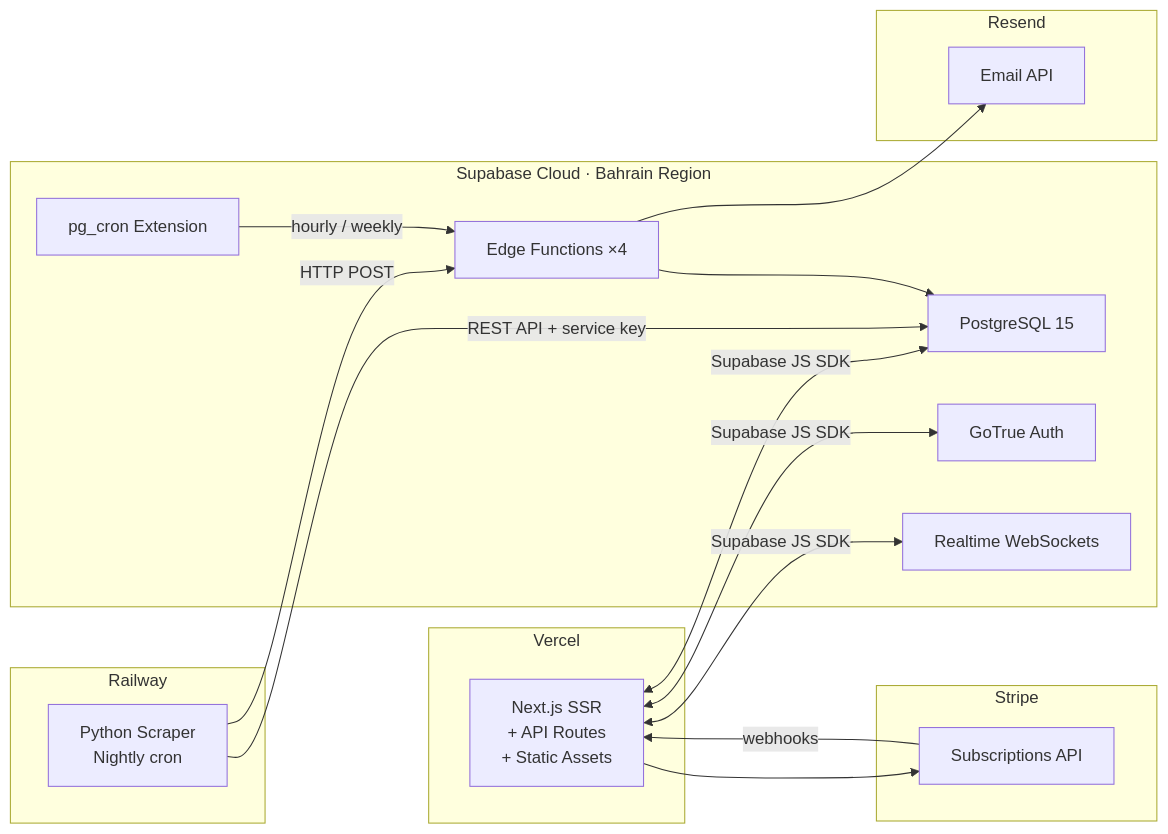
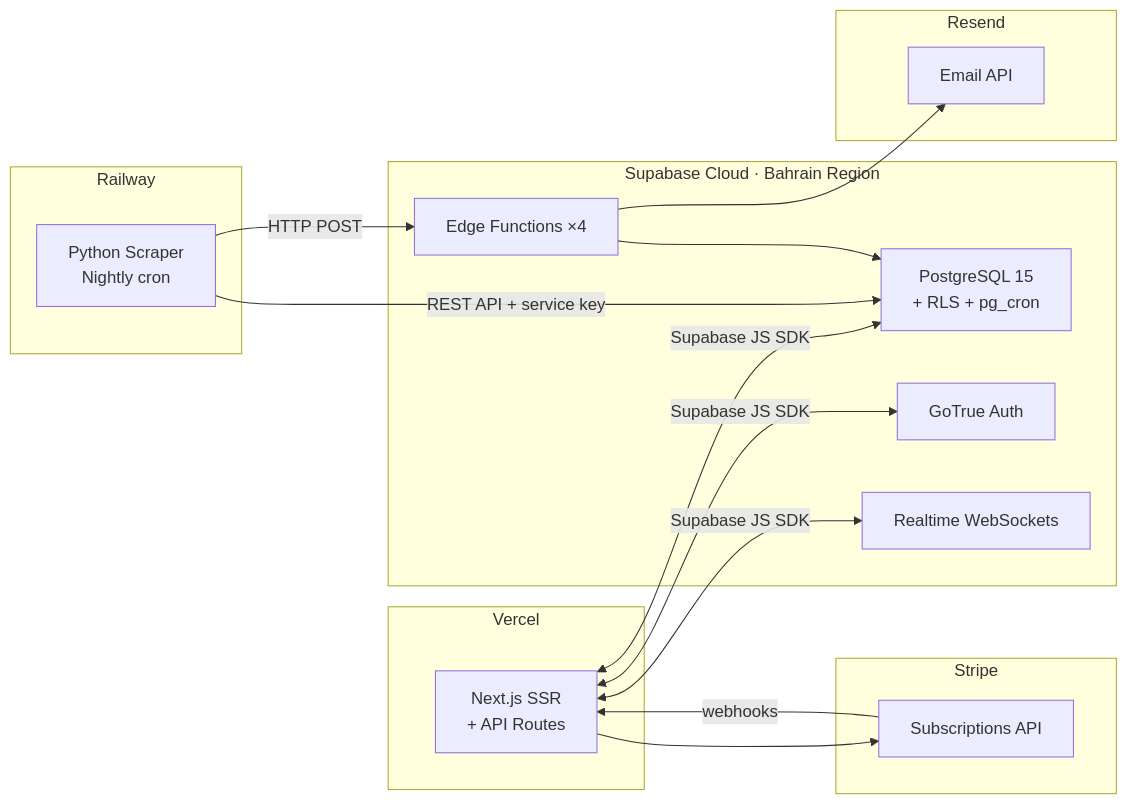
The second of 6 diagrams in docs/architecture/overview.md (vishalm/OffplanIQ), drawn with Mermaid before and after one commit. The commit also changed other lines of this file and 2 other files, not shown here.

````diff
--- a/docs/architecture/overview.md
+++ b/docs/architecture/overview.md
@@ -85,30 +87,28 @@
 ```mermaid
 graph LR
     subgraph Vercel["Vercel"]
-        WEB["Next.js SSR<br/>+ API Routes<br/>+ Static Assets"]
+        WEB["Next.js SSR<br/>+ API Routes"]
     end
     subgraph SupaCloud["Supabase Cloud · Bahrain Region"]
-        PG["PostgreSQL 15"]
+        PG["PostgreSQL 15<br/>+ RLS + pg_cron"]
         EF["Edge Functions ×4"]
         SA["GoTrue Auth"]
         RL["Realtime WebSockets"]
-        PGCRON["pg_cron Extension"]
     end
     subgraph Rail["Railway"]
         PY["Python Scraper<br/>Nightly cron"]
     end
     subgraph StripeCloud["Stripe"]
         SUB["Subscriptions API"]
     end
     subgraph ResendCloud["Resend"]
         EM["Email API"]
     end
 
     WEB <-->|"Supabase JS SDK"| PG & SA & RL
     PY -->|"REST API + service key"| PG
     PY -->|"HTTP POST"| EF
-    PGCRON -->|"hourly / weekly"| EF
     EF --> PG & EM
     WEB --> SUB
     SUB -->|"webhooks"| WEB
 ```
````
